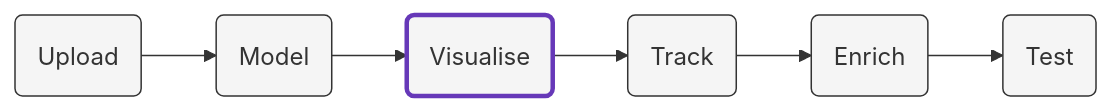
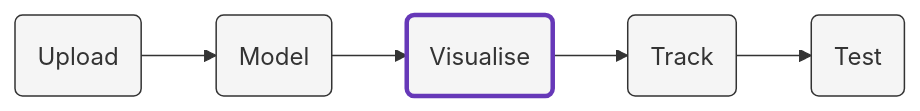
One commit to snowplow/mobile-hybrid-apps-accelerator changed the diagram in content/visualisation/_index.md. Above: the diagram before and after it, drawn with Mermaid. The commit also changed 7 other files, not shown here.

```diff
--- a/content/visualisation/_index.md
+++ b/content/visualisation/_index.md
@@ -13,10 +13,9 @@
 {{<mermaid>}}
 flowchart LR
-    id1(Upload)-->id2(Model)-->id3(Visualise)-->id4(Track)-->id5(Enrich)-->id6(Test)
+    id1(Upload)-->id2(Model)-->id3(Visualise)-->id4(Track)-->id6(Test)
     style id3 fill:#f5f5f5,stroke:#6638B8,stroke-width:3px
     style id1 fill:#f5f5f5,stroke:#333,stroke-width:1px
-    style id5 fill:#f5f5f5,stroke:#333,stroke-width:1px
     style id4 fill:#f5f5f5,stroke:#333,stroke-width:1px
     style id2 fill:#f5f5f5,stroke:#333,stroke-width:1px
     style id6 fill:#f5f5f5,stroke:#333,stroke-width:1px
 {{</mermaid >}}
```
